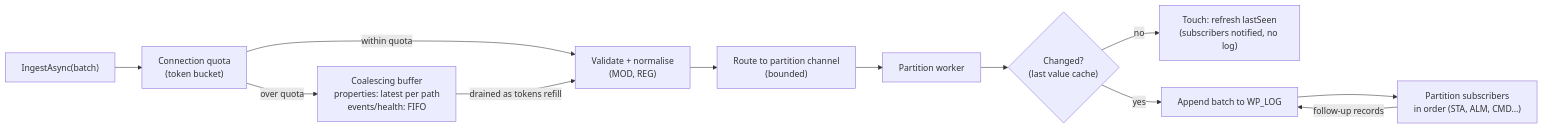
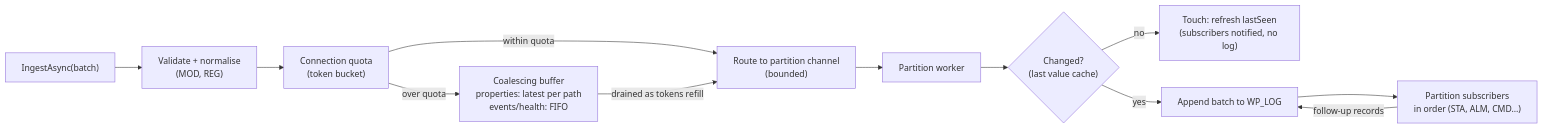
One commit to Moshizza/Watchpoint changed the diagram in Architecture/specs/PIP-pipeline.md. Above: the diagram before and after it, drawn with Mermaid. The commit also changed other lines of this file and 41 other files, not shown here.

````diff
--- a/Architecture/specs/PIP-pipeline.md
+++ b/Architecture/specs/PIP-pipeline.md
@@ -369,14 +387,14 @@
 ```mermaid
 flowchart LR
-    S["IngestAsync(batch)"] --> Q["Connection quota<br/>(token bucket)"]
-    Q -- within quota --> V["Validate + normalise<br/>(MOD, REG)"]
+    S["IngestAsync(batch)"] --> V["Validate + normalise<br/>(MOD, REG)"]
+    V --> Q["Connection quota<br/>(token bucket)"]
+    Q -- within quota --> R["Route to partition channel<br/>(bounded)"]
     Q -- over quota --> CB["Coalescing buffer<br/>properties: latest per path<br/>events/health: FIFO"]
-    CB -- drained as tokens refill --> V
-    V --> R["Route to partition channel<br/>(bounded)"]
+    CB -- drained as tokens refill --> R
     R --> W["Partition worker"]
     W --> D{"Changed?<br/>(last value cache)"}
     D -- no --> T["Touch: refresh lastSeen<br/>(subscribers notified, no log)"]
     D -- yes --> A["Append batch to WP_LOG"]
     A --> SUB["Partition subscribers<br/>in order (STA, ALM, CMD…)"]
     SUB -- follow-up records --> A
 ```
````
